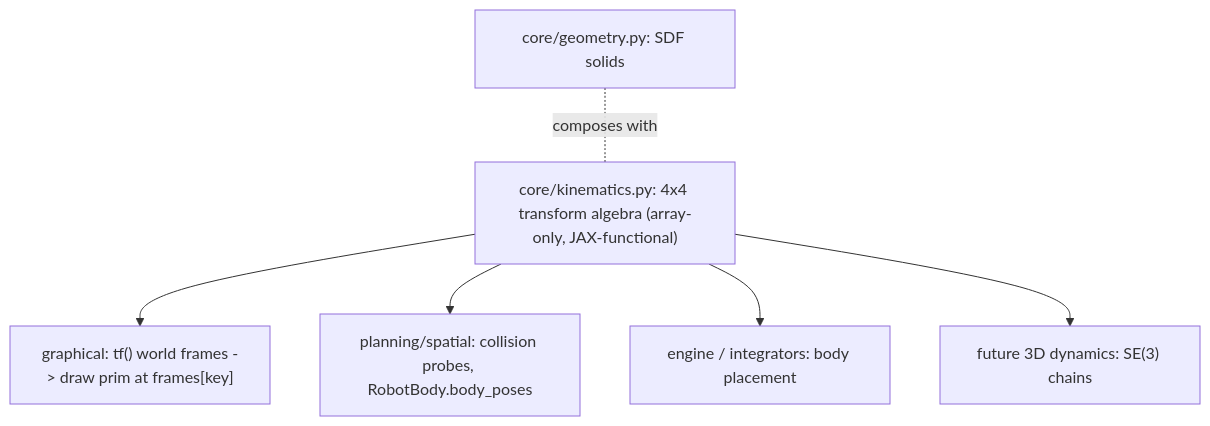
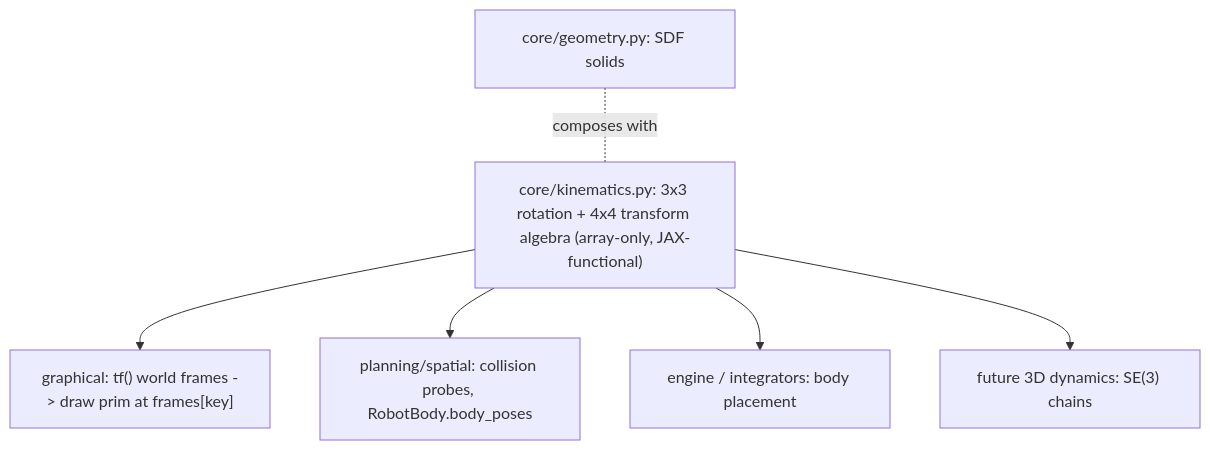
The diagram in graphical_refactor_plan/03_kinematics_core_math.md (alx87grd/minilink), drawn with Mermaid before and after one commit. The commit also changed other lines of this file and 6 other files, not shown here.

````diff
--- a/graphical_refactor_plan/03_kinematics_core_math.md
+++ b/graphical_refactor_plan/03_kinematics_core_math.md
@@ -26,9 +27,9 @@
 ```mermaid
 flowchart TD
-  K["core/kinematics.py: 4x4 transform algebra (array-only, JAX-functional)"]
+  K["core/kinematics.py: 3x3 rotation + 4x4 transform algebra (array-only, JAX-functional)"]
   K --> G["graphical: tf() world frames -> draw prim at frames[key]"]
   K --> C["planning/spatial: collision probes, RobotBody.body_poses"]
   K --> E["engine / integrators: body placement"]
   K --> D3["future 3D dynamics: SE(3) chains"]
   Geo["core/geometry.py: SDF solids"] -. composes with .- K
 ```
````
